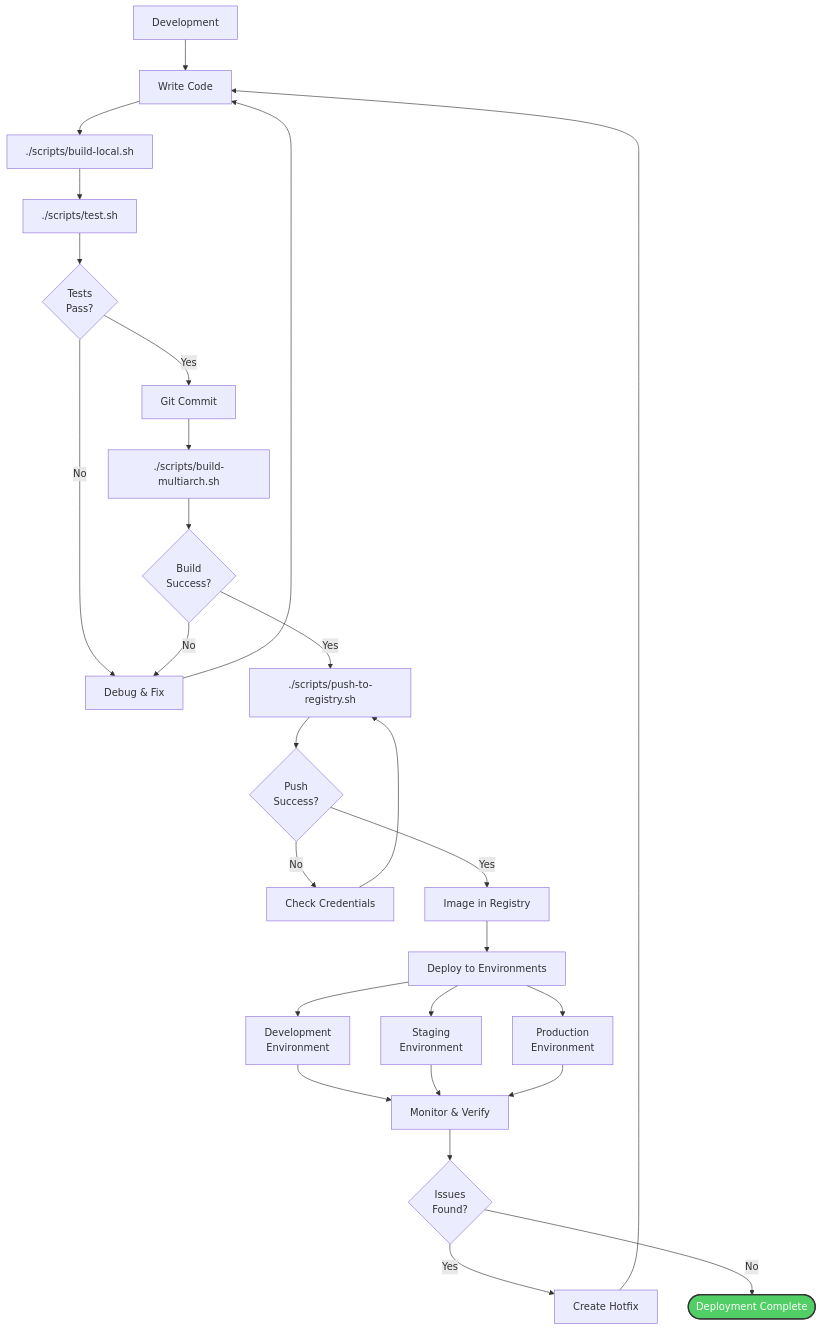
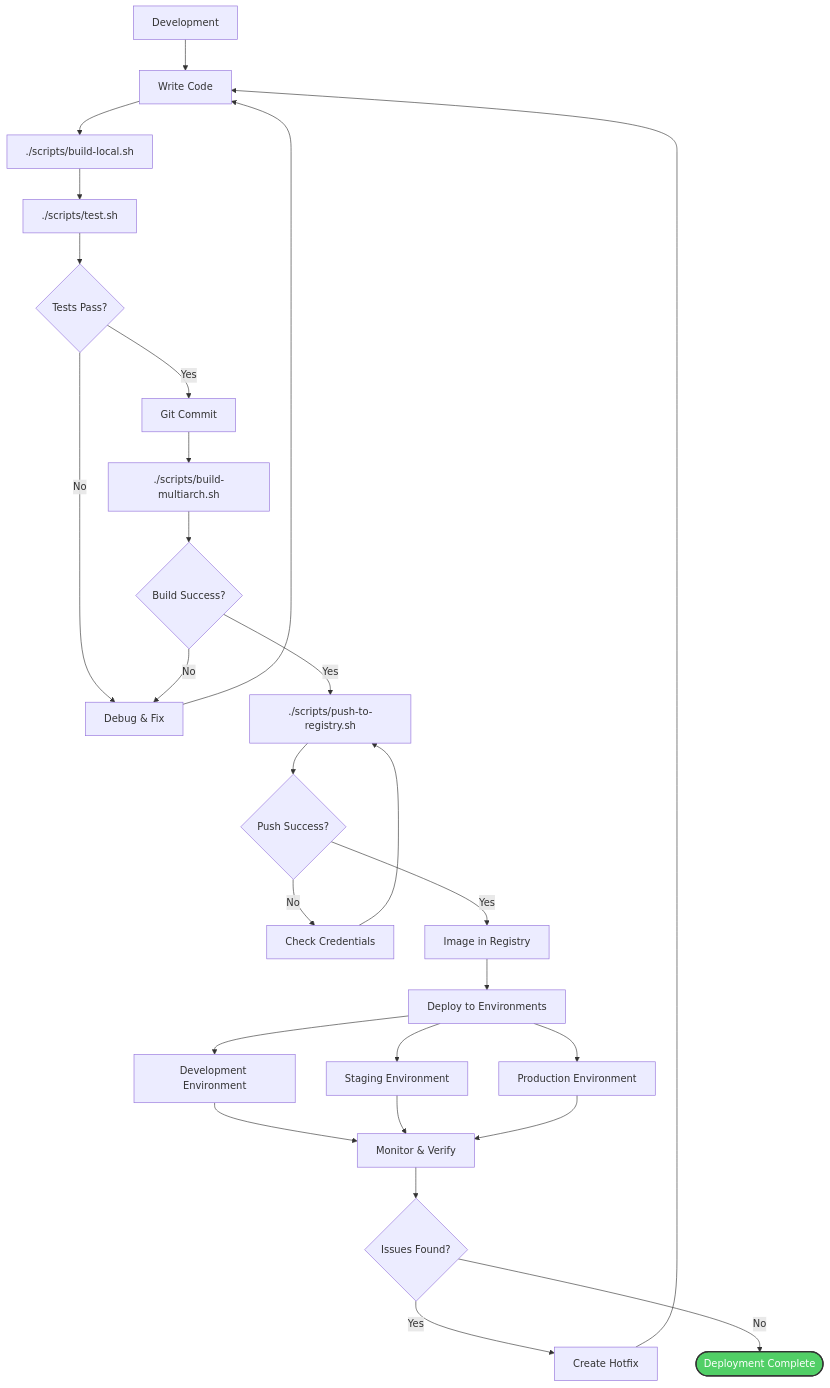
Diagram 15 of 16 in wiki/Build-Process.md (softwarewrighter/dev-proxy), drawn with Mermaid before and after one commit. The commit also changed other lines of this file and 6 other files, not shown here.

First line of the commit message:
Fix wiki Mermaid diagrams: remove <br/> tags

````diff
--- a/wiki/Build-Process.md
+++ b/wiki/Build-Process.md
@@ -638,40 +638,40 @@
 ```mermaid
 graph TB
     Dev[Development] --> Code[Write Code]
     Code --> LocalBuild[./scripts/build-local.sh]
     LocalBuild --> LocalTest[./scripts/test.sh]
 
-    LocalTest --> TestPass{Tests<br/>Pass?}
+    LocalTest --> TestPass{Tests Pass?}
     TestPass -->|No| Debug[Debug & Fix]
     Debug --> Code
 
     TestPass -->|Yes| Commit[Git Commit]
     Commit --> MultiArch[./scripts/build-multiarch.sh]
 
-    MultiArch --> BuildPass{Build<br/>Success?}
+    MultiArch --> BuildPass{Build Success?}
     BuildPass -->|No| Debug
     BuildPass -->|Yes| Push[./scripts/push-to-registry.sh]
 
-    Push --> PushPass{Push<br/>Success?}
+    Push --> PushPass{Push Success?}
     PushPass -->|No| CheckCreds[Check Credentials]
     CheckCreds --> Push
 
     PushPass -->|Yes| Registry[Image in Registry]
     Registry --> Deploy[Deploy to Environments]
 
-    Deploy --> DevEnv[Development<br/>Environment]
-    Deploy --> StagingEnv[Staging<br/>Environment]
-    Deploy --> ProdEnv[Production<br/>Environment]
+    Deploy --> DevEnv[Development Environment]
+    Deploy --> StagingEnv[Staging Environment]
+    Deploy --> ProdEnv[Production Environment]
 
     DevEnv --> Monitor[Monitor & Verify]
     StagingEnv --> Monitor
     ProdEnv --> Monitor
 
-    Monitor --> Issues{Issues<br/>Found?}
+    Monitor --> Issues{Issues Found?}
     Issues -->|Yes| Hotfix[Create Hotfix]
     Issues -->|No| Done([Deployment Complete])
 
     Hotfix --> Code
 
     style Done fill:#51cf66,stroke:#333,stroke-width:2px,color:#fff
 ```
````
